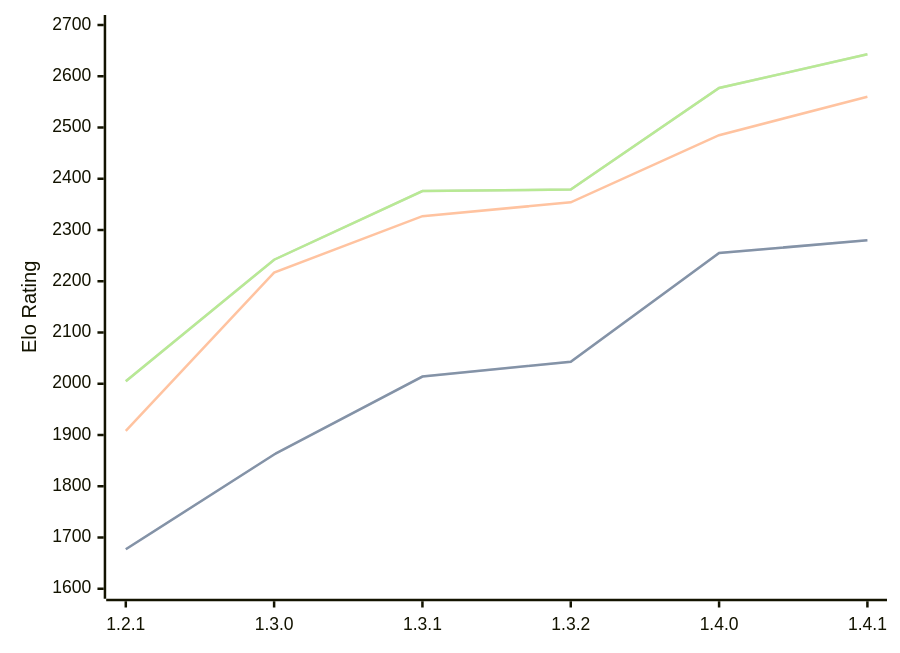
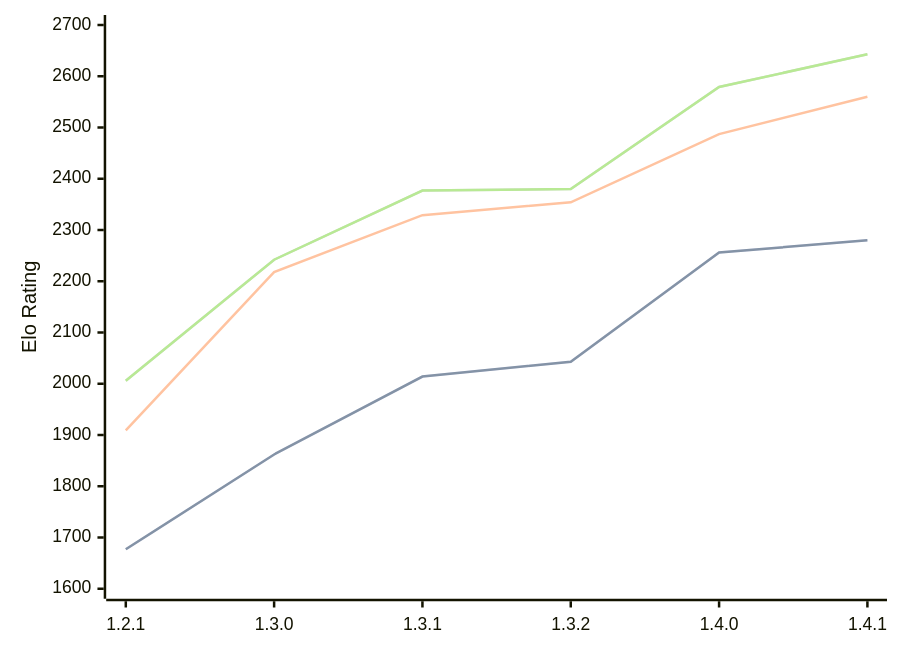
Before and after one commit to computer-chess-index/cci: the diagram in engines/Chal.md, drawn with Mermaid. The commit also changed other lines of this file, not shown here.

Commit message:
Update CCI Ratings (ELO VLTC) - 2026-08-21

````diff
--- a/engines/Chal.md
+++ b/engines/Chal.md
@@ -36,11 +36,11 @@
 ```mermaid
 %%{init: {"theme":"base","themeVariables":{"seriesColors:['#a3a3a3','#222221','#faa371']}}}%%
 xychart-beta
   x-axis ["1.2.1", "1.3.0", "1.3.1", "1.3.2", "1.4.0", "1.4.1"]
   y-axis "Elo Rating" 1600 --> 2700
-  line "STC (8.0+0.08s)" [1677, 1862, 2014, 2043, 2255, 2280]
-  line "STC (8.0+0.08s)" [1677, 1862, 2014, 2043, 2255, 2280]
-  line "LTC (60.0+0.60s)" [1908, 2217, 2327, 2354, 2485, 2560]
-  line "VLTC (2m24s+1.12s)" [2005, 2242, 2376, 2379, 2577, 2643]
-  line "VLTC (2m24s+1.12s)" [2005, 2242, 2376, 2379, 2577, 2643]
+  line "STC (8.0+0.08s)" [1677, 1862, 2014, 2043, 2256, 2280]
+  line "STC (8.0+0.08s)" [1677, 1862, 2014, 2043, 2256, 2280]
+  line "LTC (60.0+0.60s)" [1909, 2218, 2329, 2354, 2487, 2560]
+  line "VLTC (2m24s+1.12s)" [2006, 2242, 2377, 2380, 2579, 2643]
+  line "VLTC (2m24s+1.12s)" [2006, 2242, 2377, 2380, 2579, 2643]
 ```
````
